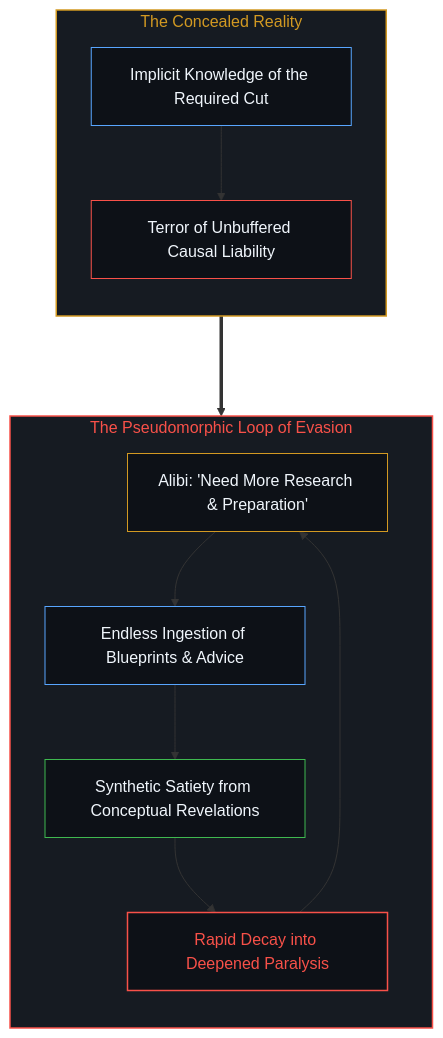
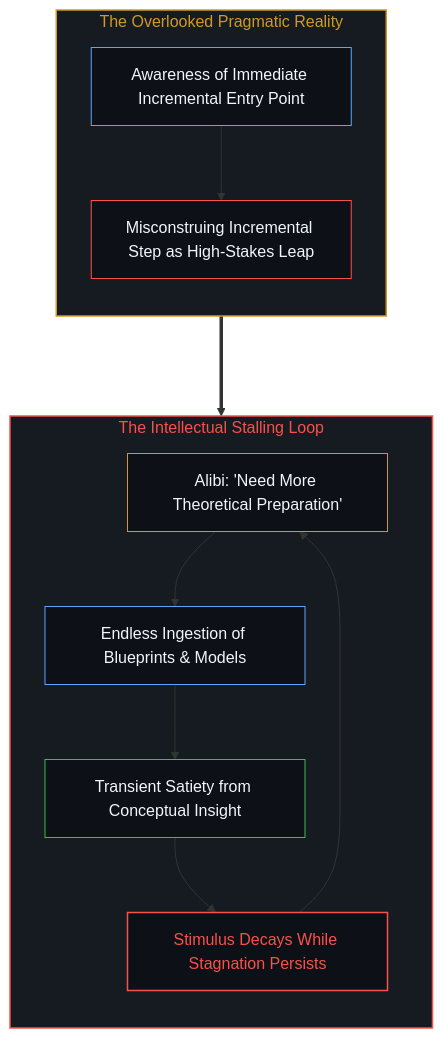
The sixth of 10 diagrams in content/posts/choice-itself-has-no-inherent-weight.md (powerpig99/not-a-toe), drawn with Mermaid before and after one commit. The commit also changed other lines of this file and 4 other files, not shown here.

````diff
--- a/content/posts/choice-itself-has-no-inherent-weight.md
+++ b/content/posts/choice-itself-has-no-inherent-weight.md
@@ -186,26 +204,26 @@
 ```mermaid
 graph TD
-    subgraph S_Truth_EN ["The Concealed Reality"]
+    subgraph S_Truth_EN ["The Overlooked Pragmatic Reality"]
         direction TB
-        TE_Action["Implicit Knowledge of the Required Cut"] --> TE_Terror["Terror of Unbuffered Causal Liability"]
+        TE_Action["Awareness of Immediate Incremental Entry Point"] --> TE_Macro["Misconstruing Incremental Step as High-Stakes Leap"]
     end
 
-    subgraph S_Evasion_EN ["The Pseudomorphic Loop of Evasion"]
+    subgraph S_Evasion_EN ["The Intellectual Stalling Loop"]
         direction TB
-        EE_Motto["Alibi: 'Need More Research & Preparation'"] --> EE_Collect["Endless Ingestion of Blueprints & Advice"]
-        EE_Collect --> EE_High["Synthetic Satiety from Conceptual Revelations"]
-        EE_High --> EE_Decay["Rapid Decay into Deepened Paralysis"]
+        EE_Motto["Alibi: 'Need More Theoretical Preparation'"] --> EE_Collect["Endless Ingestion of Blueprints & Models"]
+        EE_Collect --> EE_High["Transient Satiety from Conceptual Insight"]
+        EE_High --> EE_Decay["Stimulus Decays While Stagnation Persists"]
         EE_Decay --> EE_Motto
     end
 
-    TE_Terror ===> EE_Motto
+    TE_Macro ===> EE_Motto
 
     style S_Truth_EN fill:#161b22,stroke:#d29922,stroke-width:1.5px,color:#d29922
     style S_Evasion_EN fill:#161b22,stroke:#f85149,stroke-width:1.5px,color:#f85149
     style TE_Action fill:#0d1117,stroke:#58a6ff,stroke-width:1px,color:#f0f6fc
-    style TE_Terror fill:#0d1117,stroke:#f85149,stroke-width:1px,color:#f0f6fc
+    style TE_Macro fill:#0d1117,stroke:#f85149,stroke-width:1px,color:#f0f6fc
     style EE_Motto fill:#0d1117,stroke:#d29922,stroke-width:1px,color:#f0f6fc
     style EE_Collect fill:#0d1117,stroke:#58a6ff,stroke-width:1px,color:#f0f6fc
     style EE_High fill:#0d1117,stroke:#3fb950,stroke-width:1px,color:#f0f6fc
     style EE_Decay fill:#0d1117,stroke:#f85149,stroke-width:1.5px,color:#f85149
 ```
````
